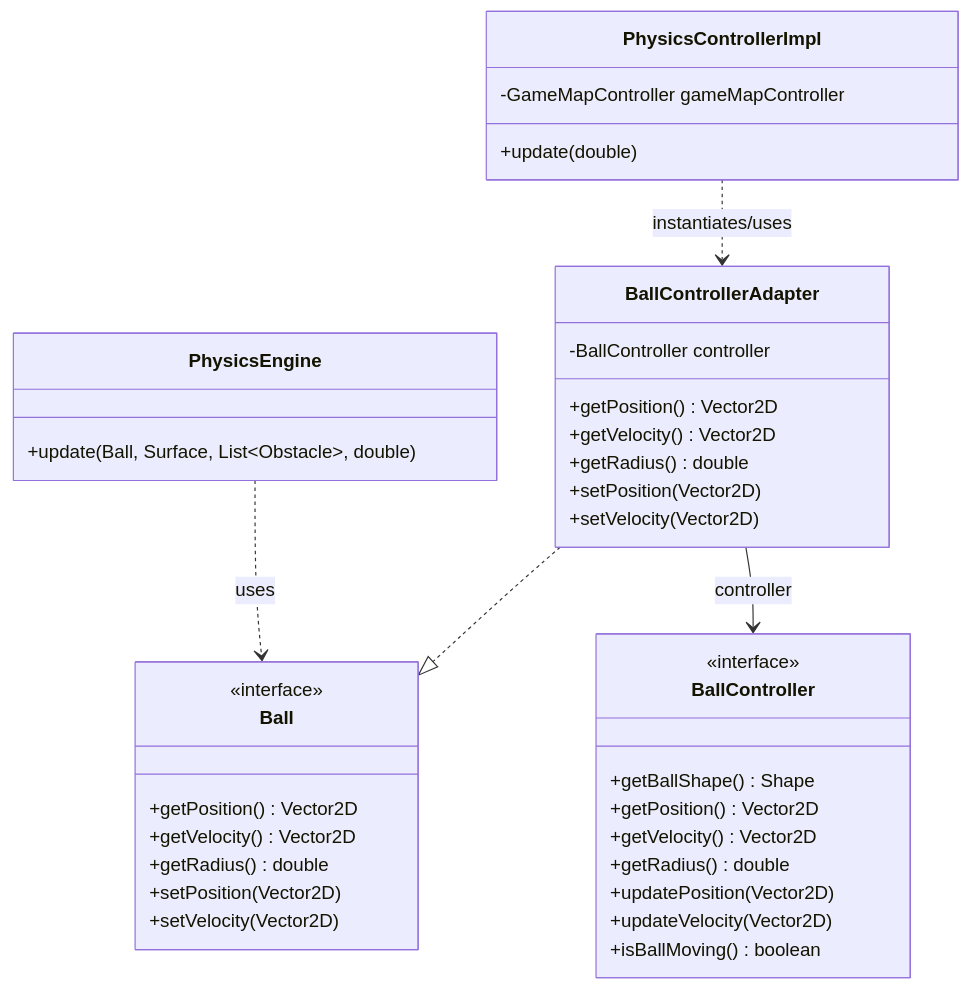
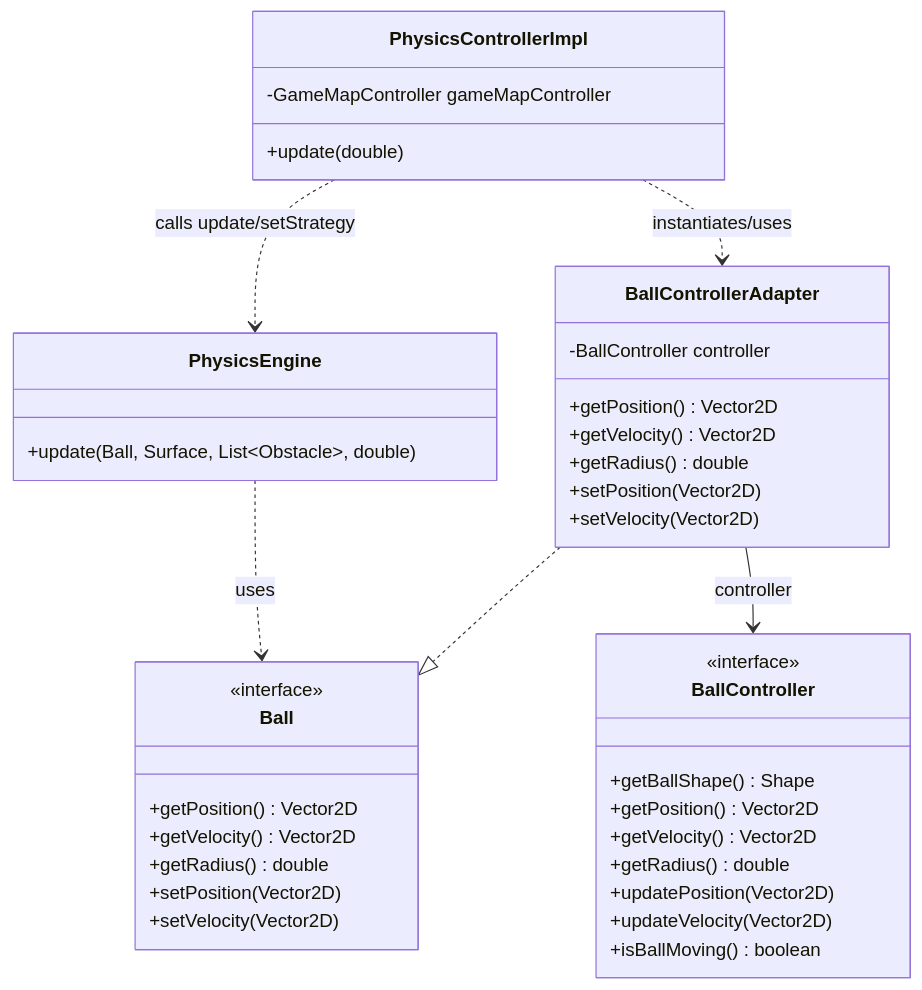
Before and after one commit to jjacomo/OOP25-mini-gOOlf: the sixth of 11 diagrams in notes/report/report.md, drawn with Mermaid. The commit also changed other lines of this file and 2 other files, not shown here.

````diff
--- a/notes/report/report.md
+++ b/notes/report/report.md
@@ -345,41 +346,42 @@
 ```mermaid
 classDiagram
     class Ball {
         <<interface>>
         +getPosition() Vector2D
         +getVelocity() Vector2D
         +getRadius() double
         +setPosition(Vector2D)
         +setVelocity(Vector2D)
     }
     class BallController {
         <<interface>>
         +getBallShape() Shape
         +getPosition() Vector2D
         +getVelocity() Vector2D
         +getRadius() double
         +updatePosition(Vector2D)
         +updateVelocity(Vector2D)
         +isBallMoving() boolean
     }
     class BallControllerAdapter {
         -BallController controller
         +getPosition() Vector2D
         +getVelocity() Vector2D
         +getRadius() double
         +setPosition(Vector2D)
         +setVelocity(Vector2D)
     }
     class PhysicsEngine {
         +update(Ball, Surface, List~Obstacle~, double)
     }
     class PhysicsControllerImpl {
         -GameMapController gameMapController
         +update(double)
     }
 
     BallControllerAdapter ..|> Ball
     BallControllerAdapter --> BallController : controller
     PhysicsEngine ..> Ball : uses
     PhysicsControllerImpl ..> BallControllerAdapter : instantiates/uses
+    PhysicsControllerImpl ..> PhysicsEngine : calls update/setStrategy
 ```
````
